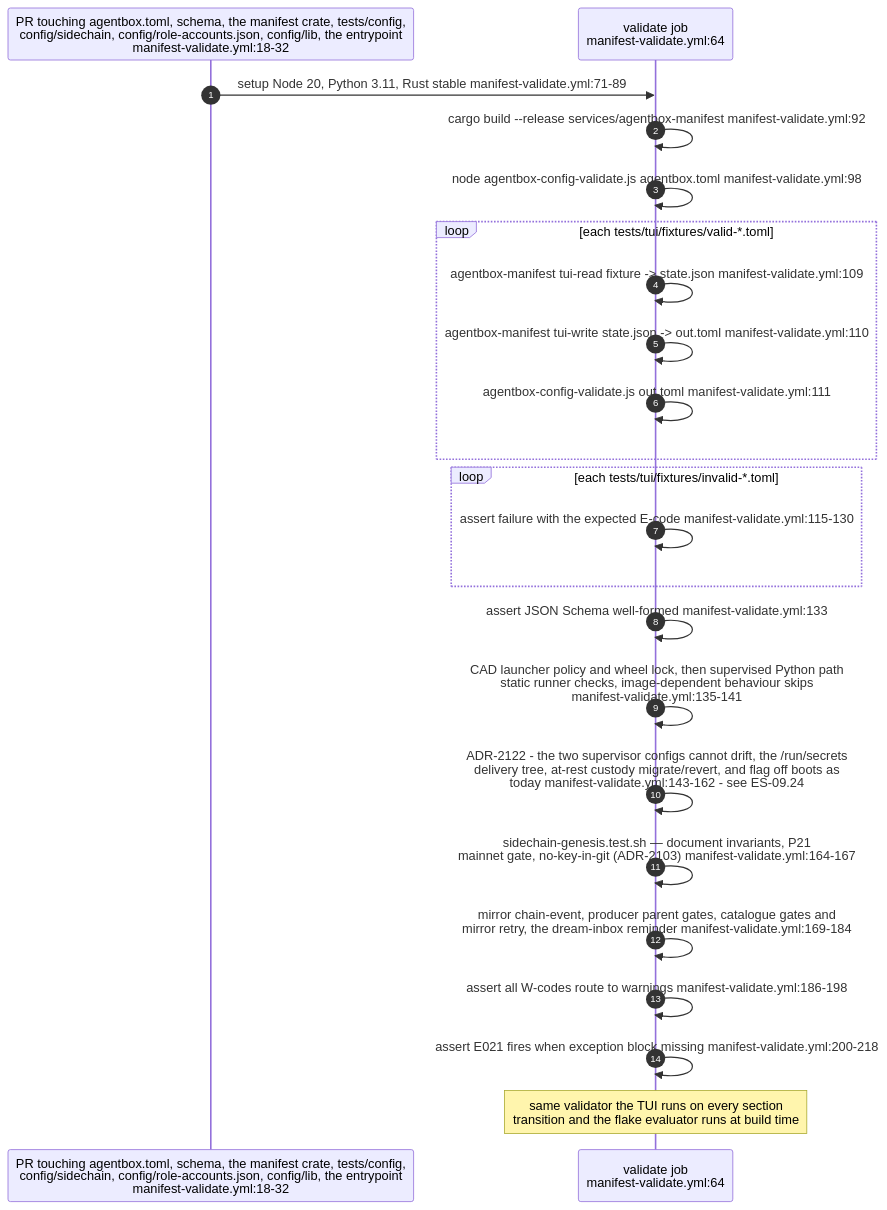
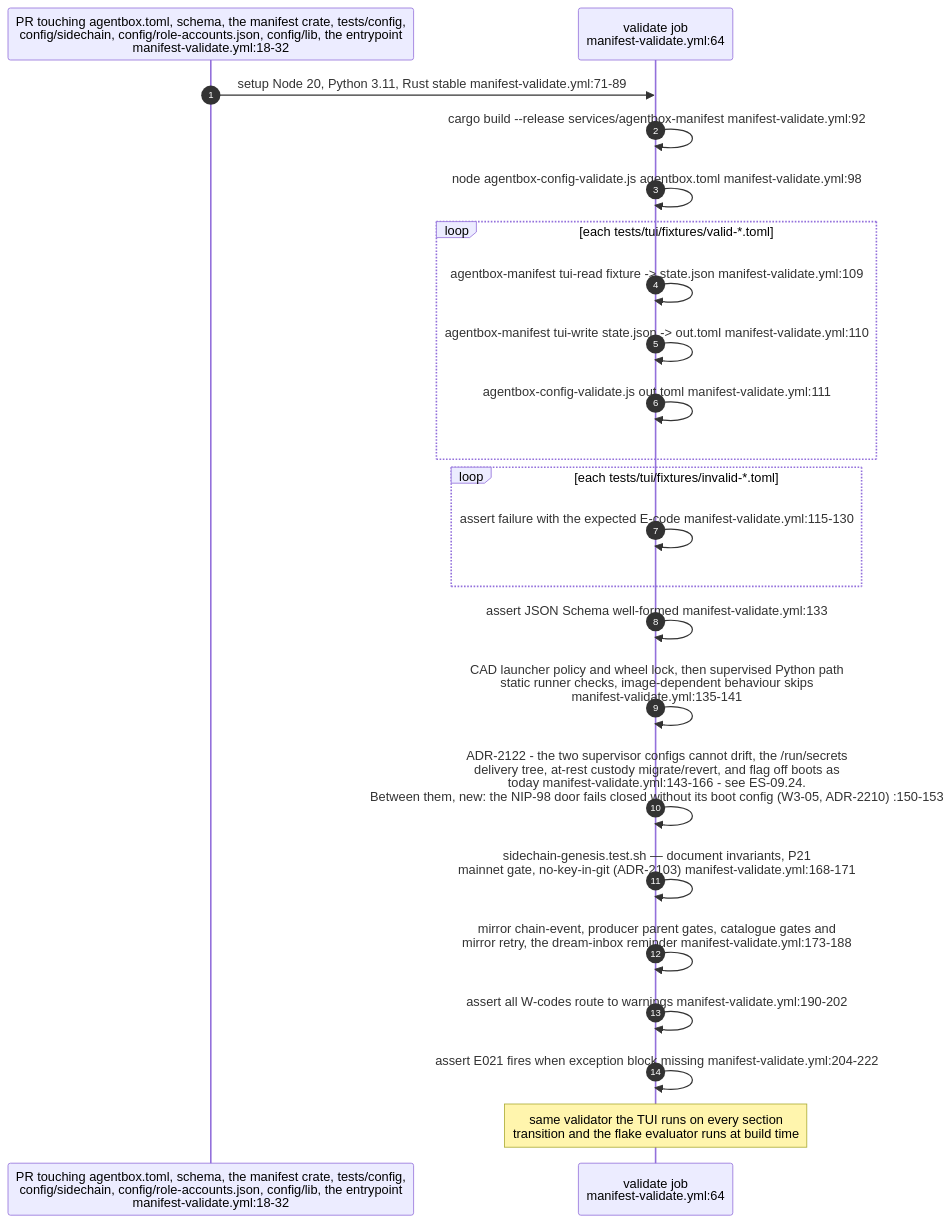
One commit to DreamLab-AI/VisionFlow changed diagram 17 of 24 in docs/diagrams/estate/09-build-deploy-and-ci-estate.md. Above: the diagram before and after it, drawn with Mermaid. The commit also changed other lines of this file and 5 other files, not shown here.

````diff
--- a/docs/diagrams/estate/09-build-deploy-and-ci-estate.md
+++ b/docs/diagrams/estate/09-build-deploy-and-ci-estate.md
@@ -672,26 +672,26 @@
 ```mermaid
 sequenceDiagram
     autonumber
     participant GH as PR touching agentbox.toml, schema, the manifest crate, tests/config,<br/>config/sidechain, config/role-accounts.json, config/lib, the entrypoint<br/>manifest-validate.yml:18-32
     participant V as validate job<br/>manifest-validate.yml:64
 
     GH->>V: setup Node 20, Python 3.11, Rust stable manifest-validate.yml:71-89
     V->>V: cargo build --release services/agentbox-manifest manifest-validate.yml:92
     V->>V: node agentbox-config-validate.js agentbox.toml manifest-validate.yml:98
     loop each tests/tui/fixtures/valid-*.toml
         V->>V: agentbox-manifest tui-read fixture -> state.json manifest-validate.yml:109
         V->>V: agentbox-manifest tui-write state.json -> out.toml manifest-validate.yml:110
         V->>V: agentbox-config-validate.js out.toml manifest-validate.yml:111
     end
     loop each tests/tui/fixtures/invalid-*.toml
         V->>V: assert failure with the expected E-code manifest-validate.yml:115-130
     end
     V->>V: assert JSON Schema well-formed manifest-validate.yml:133
     V->>V: CAD launcher policy and wheel lock, then supervised Python path<br/>static runner checks, image-dependent behaviour skips<br/>manifest-validate.yml:135-141
-    V->>V: ADR-2122 - the two supervisor configs cannot drift, the /run/secrets<br/>delivery tree, at-rest custody migrate/revert, and flag off boots as<br/>today manifest-validate.yml:143-162 - see ES-09.24
-    V->>V: sidechain-genesis.test.sh — document invariants, P21<br/>mainnet gate, no-key-in-git (ADR-2103) manifest-validate.yml:164-167
-    V->>V: mirror chain-event, producer parent gates, catalogue gates and<br/>mirror retry, the dream-inbox reminder manifest-validate.yml:169-184
-    V->>V: assert all W-codes route to warnings manifest-validate.yml:186-198
-    V->>V: assert E021 fires when exception block missing manifest-validate.yml:200-218
+    V->>V: ADR-2122 - the two supervisor configs cannot drift, the /run/secrets<br/>delivery tree, at-rest custody migrate/revert, and flag off boots as<br/>today manifest-validate.yml:143-166 - see ES-09.24.<br/>Between them, new: the NIP-98 door fails closed without its boot config (W3-05, ADR-2210) :150-153
+    V->>V: sidechain-genesis.test.sh — document invariants, P21<br/>mainnet gate, no-key-in-git (ADR-2103) manifest-validate.yml:168-171
+    V->>V: mirror chain-event, producer parent gates, catalogue gates and<br/>mirror retry, the dream-inbox reminder manifest-validate.yml:173-188
+    V->>V: assert all W-codes route to warnings manifest-validate.yml:190-202
+    V->>V: assert E021 fires when exception block missing manifest-validate.yml:204-222
     Note over V: same validator the TUI runs on every section<br/>transition and the flake evaluator runs at build time
 ```
````
